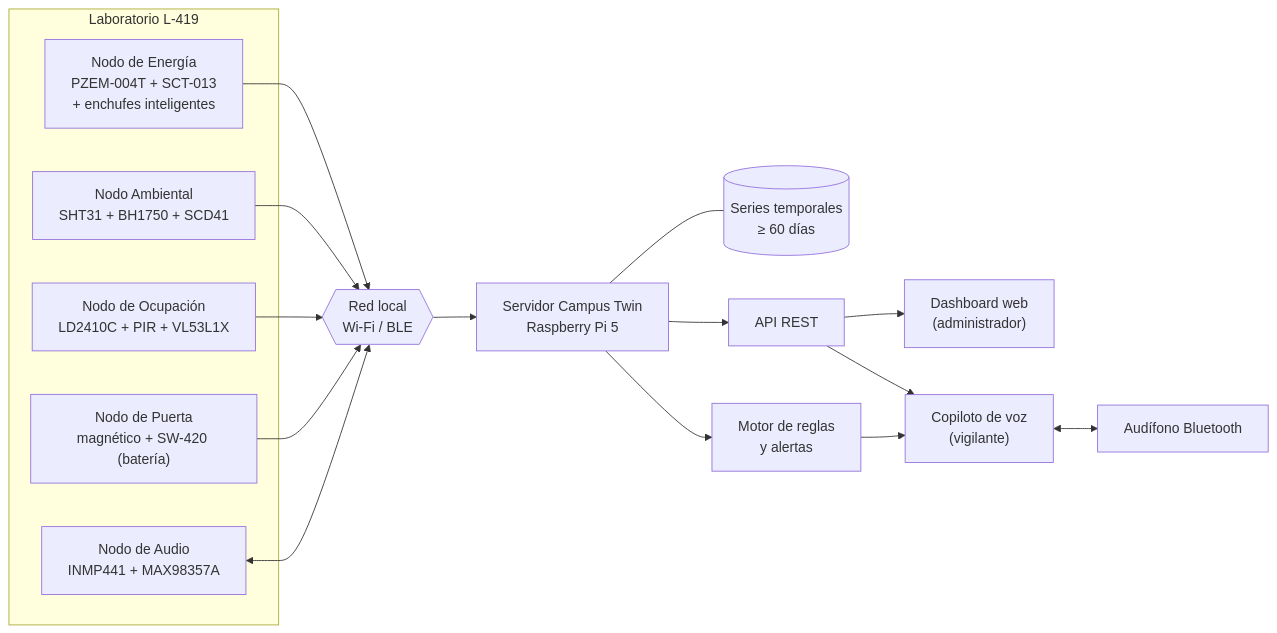
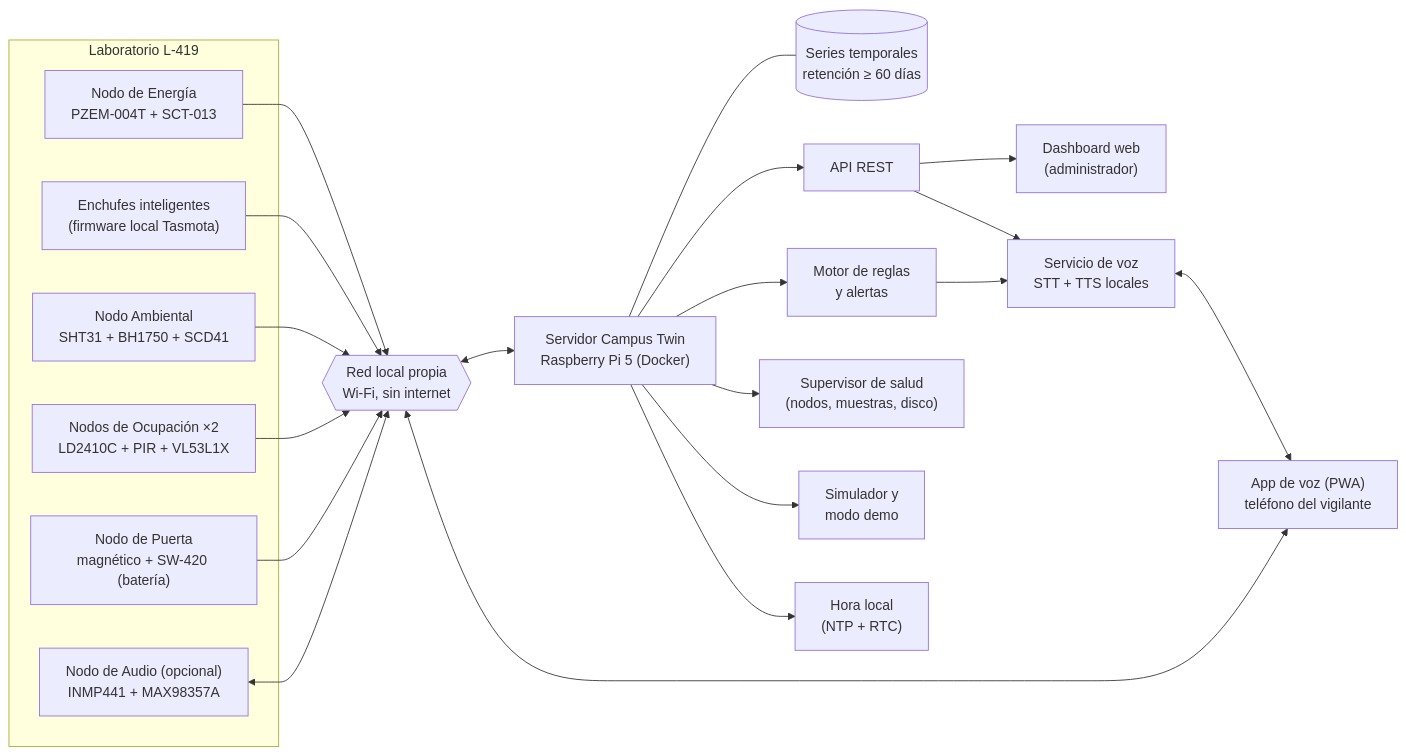
One commit to JoseEd0/PI3-DIGITAL-TWIN changed the diagram in docs/00-idea-principal.md. Above: the diagram before and after it, drawn with Mermaid. The commit also changed other lines of this file and 4 other files, not shown here.

````diff
--- a/docs/00-idea-principal.md
+++ b/docs/00-idea-principal.md
@@ -72,20 +83,25 @@
 ```mermaid
 flowchart LR
     subgraph L419["Laboratorio L-419"]
-        SE["Nodo de Energía\nPZEM-004T + SCT-013\n+ enchufes inteligentes"]
+        SE["Nodo de Energía\nPZEM-004T + SCT-013"]
+        EN["Enchufes inteligentes\n(firmware local Tasmota)"]
         SA["Nodo Ambiental\nSHT31 + BH1750 + SCD41"]
-        SO["Nodo de Ocupación\nLD2410C + PIR + VL53L1X"]
+        SO["Nodos de Ocupación ×2\nLD2410C + PIR + VL53L1X"]
         SP["Nodo de Puerta\nmagnético + SW-420 (batería)"]
-        AU["Nodo de Audio\nINMP441 + MAX98357A"]
+        AU["Nodo de Audio (opcional)\nINMP441 + MAX98357A"]
     end
-    SE & SA & SO & SP --> RED{{"Red local\nWi-Fi / BLE"}}
+    SE & EN & SA & SO & SP --> RED{{"Red local propia\nWi-Fi, sin internet"}}
     AU <--> RED
-    RED --> PI["Servidor Campus Twin\nRaspberry Pi 5"]
-    PI --- BD[("Series temporales\n≥ 60 días")]
+    RED <--> PI["Servidor Campus Twin\nRaspberry Pi 5 (Docker)"]
+    PI --- BD[("Series temporales\nretención ≥ 60 días")]
     PI --> API["API REST"]
     PI --> REGLAS["Motor de reglas\ny alertas"]
+    PI --> SALUD["Supervisor de salud\n(nodos, muestras, disco)"]
+    PI --> SIM["Simulador y\nmodo demo"]
+    PI --> NTP["Hora local\n(NTP + RTC)"]
     API --> DASH["Dashboard web\n(administrador)"]
-    REGLAS --> VOZ["Copiloto de voz\n(vigilante)"]
-    API --> VOZ
-    VOZ <--> AUD["Audífono Bluetooth"]
+    API --> VOZ["Servicio de voz\nSTT + TTS locales"]
+    REGLAS --> VOZ
+    VOZ <--> PWA["App de voz (PWA)\nteléfono del vigilante"]
+    PWA <--> RED
 ```
````
